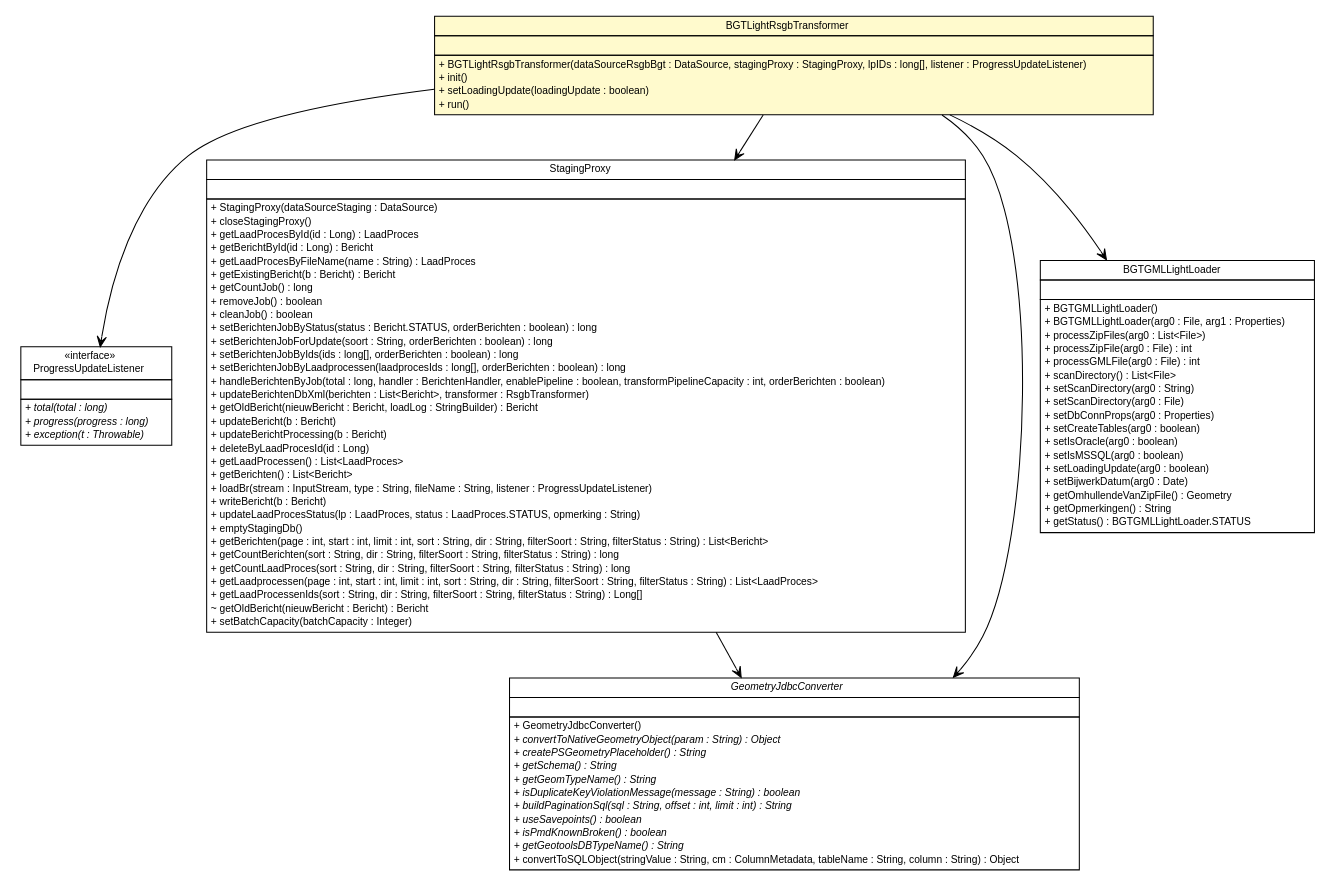
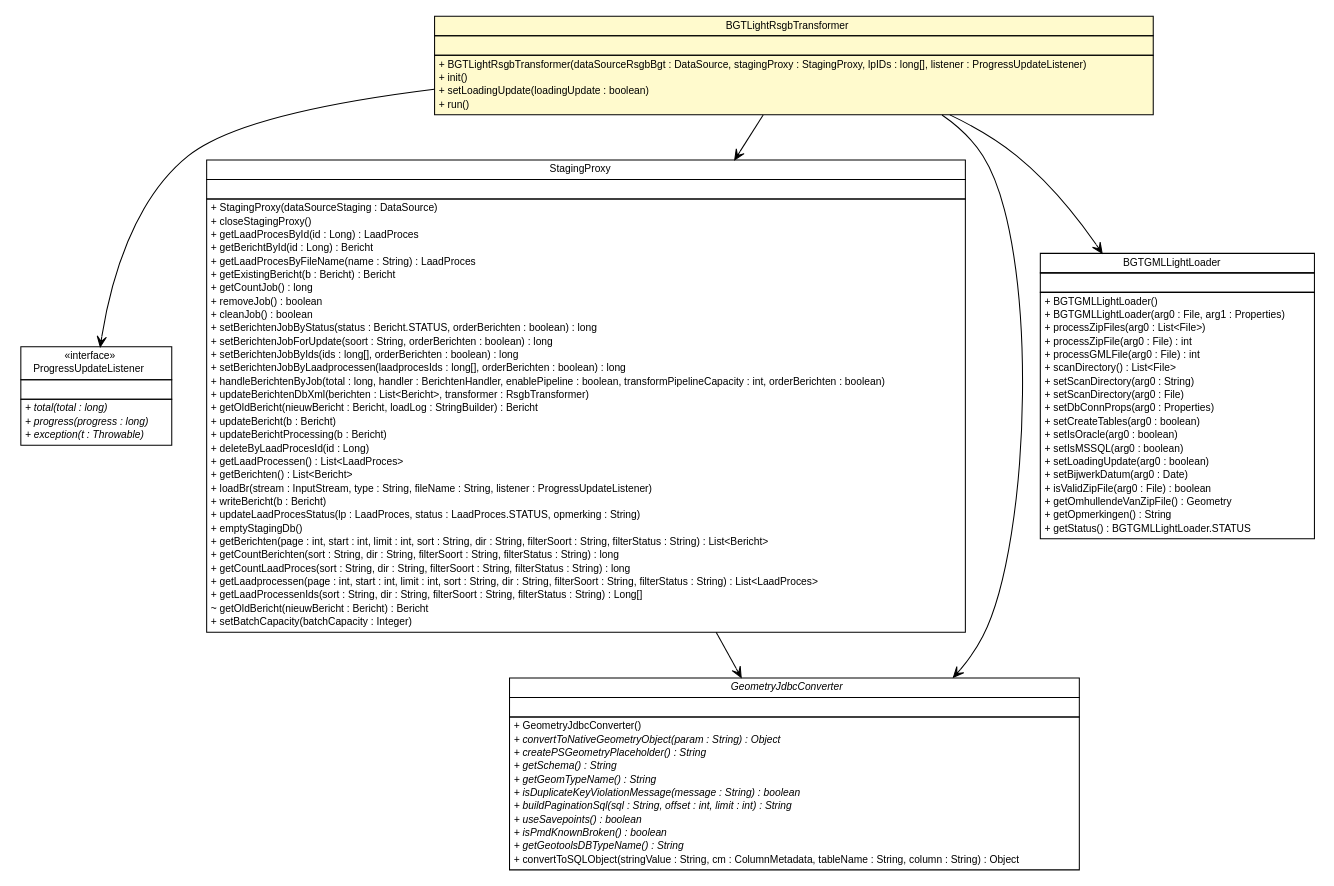
Before and after one commit to B3Partners/brmo: the diagram in brmo-loader/apidocs/nl/b3p/brmo/loader/util/BGTLightRsgbTransformer.dot, drawn with Graphviz. The commit also changed 244 other files, not shown here.

```diff
--- a/brmo-loader/apidocs/nl/b3p/brmo/loader/util/BGTLightRsgbTransformer.dot
+++ b/brmo-loader/apidocs/nl/b3p/brmo/loader/util/BGTLightRsgbTransformer.dot
@@ -1,145 +1,146 @@
 #!/usr/local/bin/dot
 #
 # Class diagram 
 # Generated by UMLGraph version R5_6-24-gf6e263 (http://www.umlgraph.org/)
 #
 
 digraph G {
 	edge [fontname="Helvetica",fontsize=10,labelfontname="Helvetica",labelfontsize=10];
 	node [fontname="Helvetica",fontsize=10,shape=plaintext];
 	nodesep=0.25;
 	ranksep=0.5;
 	// nl.b3p.brmo.loader.util.BGTLightRsgbTransformer
 	c645 [label=<<table title="nl.b3p.brmo.loader.util.BGTLightRsgbTransformer" border="0" cellborder="1" cellspacing="0" cellpadding="2" port="p" bgcolor="lemonChiffon" href="./BGTLightRsgbTransformer.html">
 		<tr><td><table border="0" cellspacing="0" cellpadding="1">
 <tr><td align="center" balign="center"> BGTLightRsgbTransformer </td></tr>
 		</table></td></tr>
 		<tr><td><table border="0" cellspacing="0" cellpadding="1">
 <tr><td align="left" balign="left">  </td></tr>
 		</table></td></tr>
 		<tr><td><table border="0" cellspacing="0" cellpadding="1">
 <tr><td align="left" balign="left"> + BGTLightRsgbTransformer(dataSourceRsgbBgt : DataSource, stagingProxy : StagingProxy, lpIDs : long[], listener : ProgressUpdateListener) </td></tr>
 <tr><td align="left" balign="left"> + init() </td></tr>
 <tr><td align="left" balign="left"> + setLoadingUpdate(loadingUpdate : boolean) </td></tr>
 <tr><td align="left" balign="left"> + run() </td></tr>
 		</table></td></tr>
 		</table>>, URL="./BGTLightRsgbTransformer.html", fontname="Helvetica", fontcolor="black", fontsize=10.0];
 	// nl.b3p.brmo.loader.ProgressUpdateListener
 	c651 [label=<<table title="nl.b3p.brmo.loader.ProgressUpdateListener" border="0" cellborder="1" cellspacing="0" cellpadding="2" port="p" href="../ProgressUpdateListener.html">
 		<tr><td><table border="0" cellspacing="0" cellpadding="1">
 <tr><td align="center" balign="center"> &#171;interface&#187; </td></tr>
 <tr><td align="center" balign="center"> ProgressUpdateListener </td></tr>
 		</table></td></tr>
 		<tr><td><table border="0" cellspacing="0" cellpadding="1">
 <tr><td align="left" balign="left">  </td></tr>
 		</table></td></tr>
 		<tr><td><table border="0" cellspacing="0" cellpadding="1">
 <tr><td align="left" balign="left"><font face="Helvetica-Oblique" point-size="10.0"> + total(total : long) </font></td></tr>
 <tr><td align="left" balign="left"><font face="Helvetica-Oblique" point-size="10.0"> + progress(progress : long) </font></td></tr>
 <tr><td align="left" balign="left"><font face="Helvetica-Oblique" point-size="10.0"> + exception(t : Throwable) </font></td></tr>
 		</table></td></tr>
 		</table>>, URL="../ProgressUpdateListener.html", fontname="Helvetica", fontcolor="black", fontsize=10.0];
 	// nl.b3p.brmo.loader.StagingProxy
 	c652 [label=<<table title="nl.b3p.brmo.loader.StagingProxy" border="0" cellborder="1" cellspacing="0" cellpadding="2" port="p" href="../StagingProxy.html">
 		<tr><td><table border="0" cellspacing="0" cellpadding="1">
 <tr><td align="center" balign="center"> StagingProxy </td></tr>
 		</table></td></tr>
 		<tr><td><table border="0" cellspacing="0" cellpadding="1">
 <tr><td align="left" balign="left">  </td></tr>
 		</table></td></tr>
 		<tr><td><table border="0" cellspacing="0" cellpadding="1">
 <tr><td align="left" balign="left"> + StagingProxy(dataSourceStaging : DataSource) </td></tr>
 <tr><td align="left" balign="left"> + closeStagingProxy() </td></tr>
 <tr><td align="left" balign="left"> + getLaadProcesById(id : Long) : LaadProces </td></tr>
 <tr><td align="left" balign="left"> + getBerichtById(id : Long) : Bericht </td></tr>
 <tr><td align="left" balign="left"> + getLaadProcesByFileName(name : String) : LaadProces </td></tr>
 <tr><td align="left" balign="left"> + getExistingBericht(b : Bericht) : Bericht </td></tr>
 <tr><td align="left" balign="left"> + getCountJob() : long </td></tr>
 <tr><td align="left" balign="left"> + removeJob() : boolean </td></tr>
 <tr><td align="left" balign="left"> + cleanJob() : boolean </td></tr>
 <tr><td align="left" balign="left"> + setBerichtenJobByStatus(status : Bericht.STATUS, orderBerichten : boolean) : long </td></tr>
 <tr><td align="left" balign="left"> + setBerichtenJobForUpdate(soort : String, orderBerichten : boolean) : long </td></tr>
 <tr><td align="left" balign="left"> + setBerichtenJobByIds(ids : long[], orderBerichten : boolean) : long </td></tr>
 <tr><td align="left" balign="left"> + setBerichtenJobByLaadprocessen(laadprocesIds : long[], orderBerichten : boolean) : long </td></tr>
 <tr><td align="left" balign="left"> + handleBerichtenByJob(total : long, handler : BerichtenHandler, enablePipeline : boolean, transformPipelineCapacity : int, orderBerichten : boolean) </td></tr>
 <tr><td align="left" balign="left"> + updateBerichtenDbXml(berichten : List&lt;Bericht&gt;, transformer : RsgbTransformer) </td></tr>
 <tr><td align="left" balign="left"> + getOldBericht(nieuwBericht : Bericht, loadLog : StringBuilder) : Bericht </td></tr>
 <tr><td align="left" balign="left"> + updateBericht(b : Bericht) </td></tr>
 <tr><td align="left" balign="left"> + updateBerichtProcessing(b : Bericht) </td></tr>
 <tr><td align="left" balign="left"> + deleteByLaadProcesId(id : Long) </td></tr>
 <tr><td align="left" balign="left"> + getLaadProcessen() : List&lt;LaadProces&gt; </td></tr>
 <tr><td align="left" balign="left"> + getBerichten() : List&lt;Bericht&gt; </td></tr>
 <tr><td align="left" balign="left"> + loadBr(stream : InputStream, type : String, fileName : String, listener : ProgressUpdateListener) </td></tr>
 <tr><td align="left" balign="left"> + writeBericht(b : Bericht) </td></tr>
 <tr><td align="left" balign="left"> + updateLaadProcesStatus(lp : LaadProces, status : LaadProces.STATUS, opmerking : String) </td></tr>
 <tr><td align="left" balign="left"> + emptyStagingDb() </td></tr>
 <tr><td align="left" balign="left"> + getBerichten(page : int, start : int, limit : int, sort : String, dir : String, filterSoort : String, filterStatus : String) : List&lt;Bericht&gt; </td></tr>
 <tr><td align="left" balign="left"> + getCountBerichten(sort : String, dir : String, filterSoort : String, filterStatus : String) : long </td></tr>
 <tr><td align="left" balign="left"> + getCountLaadProces(sort : String, dir : String, filterSoort : String, filterStatus : String) : long </td></tr>
 <tr><td align="left" balign="left"> + getLaadprocessen(page : int, start : int, limit : int, sort : String, dir : String, filterSoort : String, filterStatus : String) : List&lt;LaadProces&gt; </td></tr>
 <tr><td align="left" balign="left"> + getLaadProcessenIds(sort : String, dir : String, filterSoort : String, filterStatus : String) : Long[] </td></tr>
 <tr><td align="left" balign="left"> ~ getOldBericht(nieuwBericht : Bericht) : Bericht </td></tr>
 <tr><td align="left" balign="left"> + setBatchCapacity(batchCapacity : Integer) </td></tr>
 		</table></td></tr>
 		</table>>, URL="../StagingProxy.html", fontname="Helvetica", fontcolor="black", fontsize=10.0];
 	// nl.b3p.brmo.loader.jdbc.GeometryJdbcConverter
 	c671 [label=<<table title="nl.b3p.brmo.loader.jdbc.GeometryJdbcConverter" border="0" cellborder="1" cellspacing="0" cellpadding="2" port="p" href="../jdbc/GeometryJdbcConverter.html">
 		<tr><td><table border="0" cellspacing="0" cellpadding="1">
 <tr><td align="center" balign="center"><font face="Helvetica-Oblique"> GeometryJdbcConverter </font></td></tr>
 		</table></td></tr>
 		<tr><td><table border="0" cellspacing="0" cellpadding="1">
 <tr><td align="left" balign="left">  </td></tr>
 		</table></td></tr>
 		<tr><td><table border="0" cellspacing="0" cellpadding="1">
 <tr><td align="left" balign="left"> + GeometryJdbcConverter() </td></tr>
 <tr><td align="left" balign="left"><font face="Helvetica-Oblique" point-size="10.0"> + convertToNativeGeometryObject(param : String) : Object </font></td></tr>
 <tr><td align="left" balign="left"><font face="Helvetica-Oblique" point-size="10.0"> + createPSGeometryPlaceholder() : String </font></td></tr>
 <tr><td align="left" balign="left"><font face="Helvetica-Oblique" point-size="10.0"> + getSchema() : String </font></td></tr>
 <tr><td align="left" balign="left"><font face="Helvetica-Oblique" point-size="10.0"> + getGeomTypeName() : String </font></td></tr>
 <tr><td align="left" balign="left"><font face="Helvetica-Oblique" point-size="10.0"> + isDuplicateKeyViolationMessage(message : String) : boolean </font></td></tr>
 <tr><td align="left" balign="left"><font face="Helvetica-Oblique" point-size="10.0"> + buildPaginationSql(sql : String, offset : int, limit : int) : String </font></td></tr>
 <tr><td align="left" balign="left"><font face="Helvetica-Oblique" point-size="10.0"> + useSavepoints() : boolean </font></td></tr>
 <tr><td align="left" balign="left"><font face="Helvetica-Oblique" point-size="10.0"> + isPmdKnownBroken() : boolean </font></td></tr>
 <tr><td align="left" balign="left"><font face="Helvetica-Oblique" point-size="10.0"> + getGeotoolsDBTypeName() : String </font></td></tr>
 <tr><td align="left" balign="left"> + convertToSQLObject(stringValue : String, cm : ColumnMetadata, tableName : String, column : String) : Object </td></tr>
 		</table></td></tr>
 		</table>>, URL="../jdbc/GeometryJdbcConverter.html", fontname="Helvetica", fontcolor="black", fontsize=10.0];
 	// nl.b3p.brmo.loader.util.BGTLightRsgbTransformer NAVASSOC nl.b3p.brmo.loader.StagingProxy
 	c645:p -> c652:p [taillabel="", label="", headlabel="", fontname="Helvetica", fontcolor="black", fontsize=10.0, color="black", arrowhead=open];
 	// nl.b3p.brmo.loader.util.BGTLightRsgbTransformer NAVASSOC nl.b3p.brmo.loader.ProgressUpdateListener
 	c645:p -> c651:p [taillabel="", label="", headlabel="", fontname="Helvetica", fontcolor="black", fontsize=10.0, color="black", arrowhead=open];
 	// nl.b3p.brmo.loader.util.BGTLightRsgbTransformer NAVASSOC nl.b3p.brmo.loader.jdbc.GeometryJdbcConverter
 	c645:p -> c671:p [taillabel="", label="", headlabel="", fontname="Helvetica", fontcolor="black", fontsize=10.0, color="black", arrowhead=open];
 	// nl.b3p.brmo.loader.util.BGTLightRsgbTransformer NAVASSOC nl.b3p.brmo.loader.gml.BGTGMLLightLoader
 	c645:p -> c684:p [taillabel="", label="", headlabel="", fontname="Helvetica", fontcolor="black", fontsize=10.0, color="black", arrowhead=open];
 	// nl.b3p.brmo.loader.StagingProxy NAVASSOC nl.b3p.brmo.loader.jdbc.GeometryJdbcConverter
 	c652:p -> c671:p [taillabel="", label="", headlabel="", fontname="Helvetica", fontcolor="black", fontsize=10.0, color="black", arrowhead=open];
 	// nl.b3p.brmo.loader.gml.BGTGMLLightLoader
 	c684 [label=<<table title="nl.b3p.brmo.loader.gml.BGTGMLLightLoader" border="0" cellborder="1" cellspacing="0" cellpadding="2" port="p">
 		<tr><td><table border="0" cellspacing="0" cellpadding="1">
 <tr><td align="center" balign="center"> BGTGMLLightLoader </td></tr>
 		</table></td></tr>
 		<tr><td><table border="0" cellspacing="0" cellpadding="1">
 <tr><td align="left" balign="left">  </td></tr>
 		</table></td></tr>
 		<tr><td><table border="0" cellspacing="0" cellpadding="1">
 <tr><td align="left" balign="left"> + BGTGMLLightLoader() </td></tr>
 <tr><td align="left" balign="left"> + BGTGMLLightLoader(arg0 : File, arg1 : Properties) </td></tr>
 <tr><td align="left" balign="left"> + processZipFiles(arg0 : List&lt;File&gt;) </td></tr>
 <tr><td align="left" balign="left"> + processZipFile(arg0 : File) : int </td></tr>
 <tr><td align="left" balign="left"> + processGMLFile(arg0 : File) : int </td></tr>
 <tr><td align="left" balign="left"> + scanDirectory() : List&lt;File&gt; </td></tr>
 <tr><td align="left" balign="left"> + setScanDirectory(arg0 : String) </td></tr>
 <tr><td align="left" balign="left"> + setScanDirectory(arg0 : File) </td></tr>
 <tr><td align="left" balign="left"> + setDbConnProps(arg0 : Properties) </td></tr>
 <tr><td align="left" balign="left"> + setCreateTables(arg0 : boolean) </td></tr>
 <tr><td align="left" balign="left"> + setIsOracle(arg0 : boolean) </td></tr>
 <tr><td align="left" balign="left"> + setIsMSSQL(arg0 : boolean) </td></tr>
 <tr><td align="left" balign="left"> + setLoadingUpdate(arg0 : boolean) </td></tr>
 <tr><td align="left" balign="left"> + setBijwerkDatum(arg0 : Date) </td></tr>
+<tr><td align="left" balign="left"> + isValidZipFile(arg0 : File) : boolean </td></tr>
 <tr><td align="left" balign="left"> + getOmhullendeVanZipFile() : Geometry </td></tr>
 <tr><td align="left" balign="left"> + getOpmerkingen() : String </td></tr>
 <tr><td align="left" balign="left"> + getStatus() : BGTGMLLightLoader.STATUS </td></tr>
 		</table></td></tr>
 		</table>>, URL="null", fontname="Helvetica", fontcolor="black", fontsize=10.0];
 }
```
